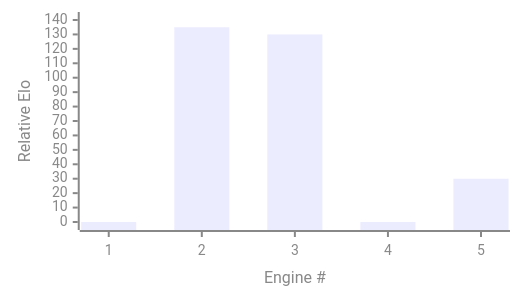
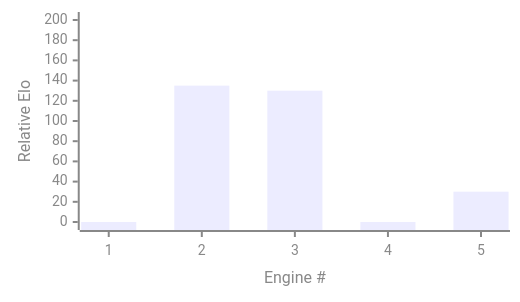
Before and after one commit to op12no2/patchwork: the diagram in README.md, drawn with Mermaid. The commit also changed other lines of this file, not shown here.

````diff
--- a/README.md
+++ b/README.md
@@ -18,23 +18,23 @@
 ```mermaid
 ---
 config:
   xyChart:
     width: 500
     height: 280
   themeVariables:
     xyChart:
       titleColor: "#888888"
       xAxisLabelColor: "#888888"
       xAxisTitleColor: "#888888"
       xAxisTickColor: "#888888"
       xAxisLineColor: "#888888"
       yAxisLabelColor: "#888888"
       yAxisTitleColor: "#888888"
       yAxisTickColor: "#888888"
       yAxisLineColor: "#888888"
 ---
 xychart
   x-axis "Engine #" [1, 2, 3, 4, 5]
-  y-axis "Relative Elo" 0 --> 140
+  y-axis "Relative Elo" 0 --> 200
   bar [0, 135, 130, 0, 30]
 ```
````
